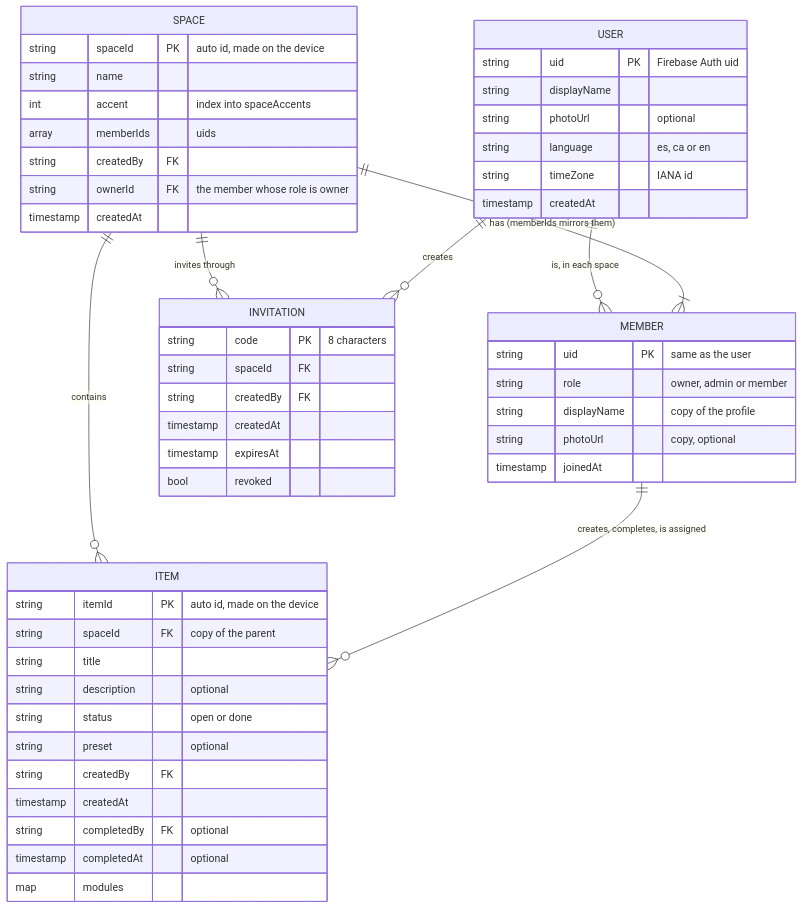
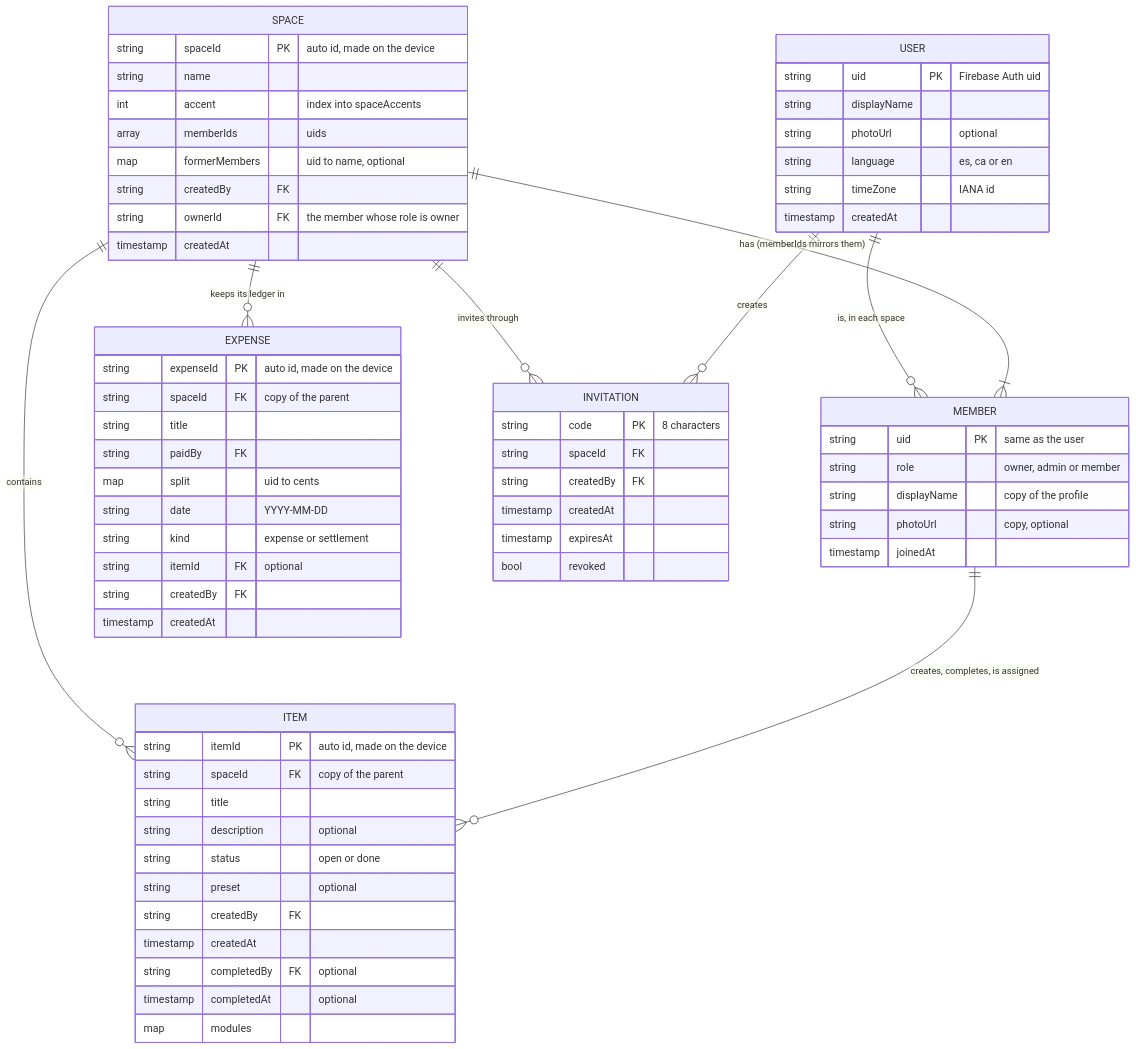
Before and after one commit to Erkko68/orbit: the diagram in docs/data/firestore-schema.md, drawn with Mermaid. The commit also changed other lines of this file and 23 other files, not shown here.

First line of the commit message:
feat(expenses): add the expense ledger (#245)

````diff
--- a/docs/data/firestore-schema.md
+++ b/docs/data/firestore-schema.md
@@ -7,55 +7,69 @@
 ```mermaid
 erDiagram
     USER ||--o{ MEMBER : "is, in each space"
     SPACE ||--|{ MEMBER : "has (memberIds mirrors them)"
     SPACE ||--o{ ITEM : contains
+    SPACE ||--o{ EXPENSE : "keeps its ledger in"
     SPACE ||--o{ INVITATION : "invites through"
     USER ||--o{ INVITATION : creates
     MEMBER ||--o{ ITEM : "creates, completes, is assigned"
 
     USER {
         string uid PK "Firebase Auth uid"
         string displayName
         string photoUrl "optional"
         string language "es, ca or en"
         string timeZone "IANA id"
         timestamp createdAt
     }
     SPACE {
         string spaceId PK "auto id, made on the device"
         string name
         int accent "index into spaceAccents"
         array memberIds "uids"
+        map formerMembers "uid to name, optional"
         string createdBy FK
         string ownerId FK "the member whose role is owner"
         timestamp createdAt
     }
     MEMBER {
         string uid PK "same as the user"
         string role "owner, admin or member"
         string displayName "copy of the profile"
         string photoUrl "copy, optional"
         timestamp joinedAt
     }
     ITEM {
         string itemId PK "auto id, made on the device"
         string spaceId FK "copy of the parent"
         string title
         string description "optional"
         string status "open or done"
         string preset "optional"
         string createdBy FK
         timestamp createdAt
         string completedBy FK "optional"
         timestamp completedAt "optional"
         map modules
     }
+    EXPENSE {
+        string expenseId PK "auto id, made on the device"
+        string spaceId FK "copy of the parent"
+        string title
+        string paidBy FK
+        map split "uid to cents"
+        string date "YYYY-MM-DD"
+        string kind "expense or settlement"
+        string itemId FK "optional"
+        string createdBy FK
+        timestamp createdAt
+    }
     INVITATION {
         string code PK "8 characters"
         string spaceId FK
         string createdBy FK
         timestamp createdAt
         timestamp expiresAt
         bool revoked
     }
 ```
````
